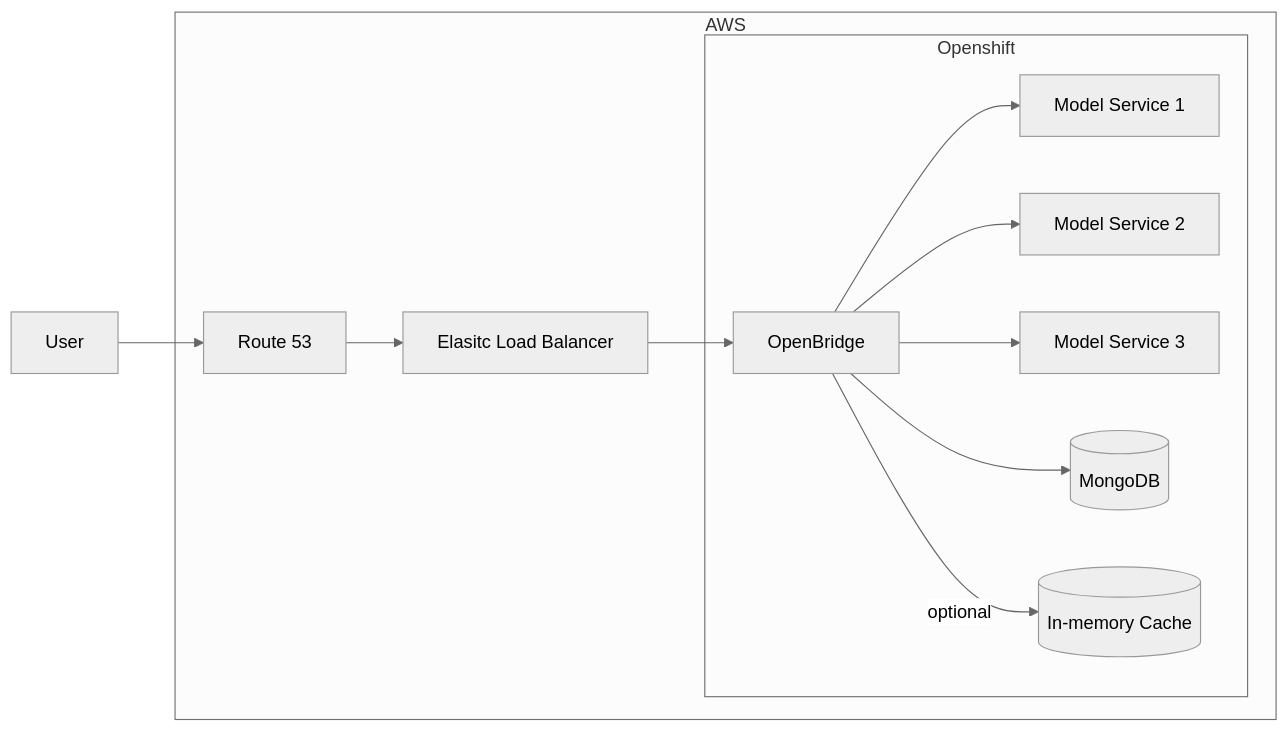
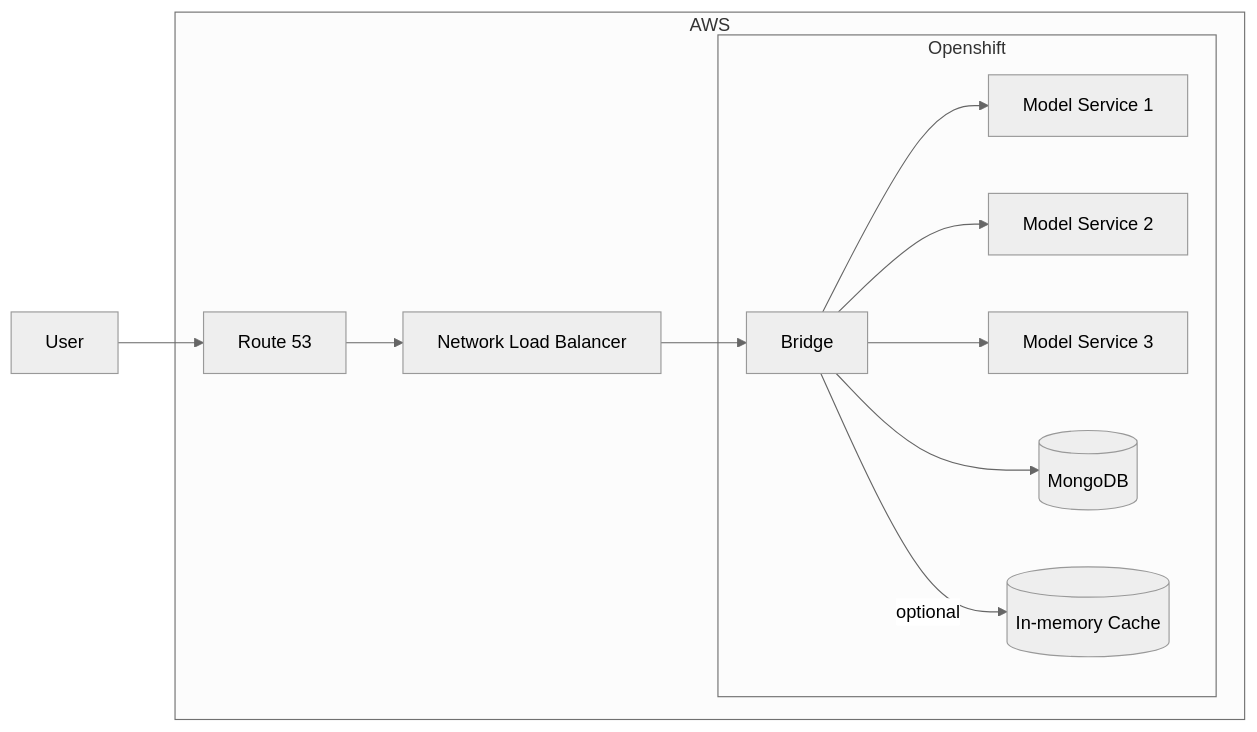
The first of 2 diagrams in doc/architecture.md (acceleratedscience/bridge), drawn with Mermaid (neutral theme) before and after one commit. The commit also changed other lines of this file and 4 other files, not shown here.

````diff
--- a/doc/architecture.md
+++ b/doc/architecture.md
@@ -38,24 +38,24 @@
 ```mermaid
 flowchart LR
 	user["User"]
 	route["Route 53"]
-	elb["Elasitc Load Balancer"]
-	ob["OpenBridge"]
+	elb["Network Load Balancer"]
+	ob["Bridge"]
 	model1["Model Service 1"]
 	model2["Model Service 2"]
 	model3["Model Service 3"]
 	mongodb[("MongoDB")]
 	cache[("In-memory Cache")]
 
 	user --> route
 	subgraph "AWS"
 	route --> elb --> ob
 	subgraph "Openshift"
 	ob --> mongodb
     ob -- optional --> cache
 	ob --> model1
 	ob --> model2
 	ob --> model3
 	end
 	end
 ```
````
